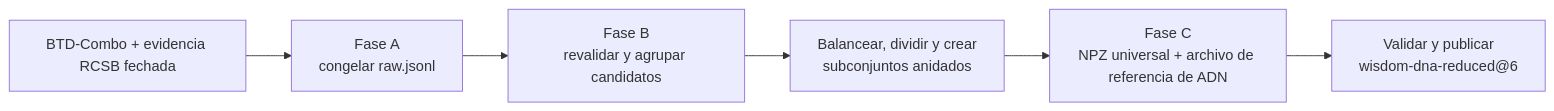
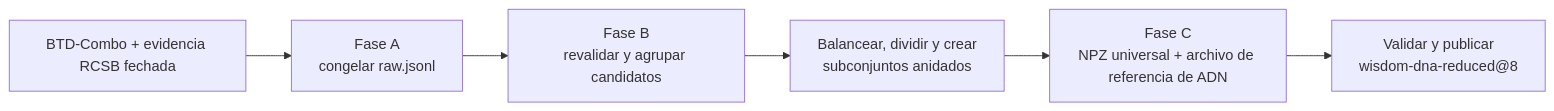
Before and after one commit to Davimity/WISDOM: the first of 5 diagrams in README.es.md, drawn with Mermaid. The commit also changed other lines of this file and 64 other files, not shown here.

````diff
--- a/README.es.md
+++ b/README.es.md
@@ -373,8 +381,8 @@
 ```mermaid
 flowchart LR
     A["BTD-Combo + evidencia RCSB fechada"] --> B["Fase A<br/>congelar raw.jsonl"]
     B --> C["Fase B<br/>revalidar y agrupar candidatos"]
     C --> D["Balancear, dividir y crear<br/>subconjuntos anidados"]
     D --> E["Fase C<br/>NPZ universal + archivo de referencia de ADN"]
-    E --> F["Validar y publicar<br/>wisdom-dna-reduced@6"]
+    E --> F["Validar y publicar<br/>wisdom-dna-reduced@8"]
 ```
````
